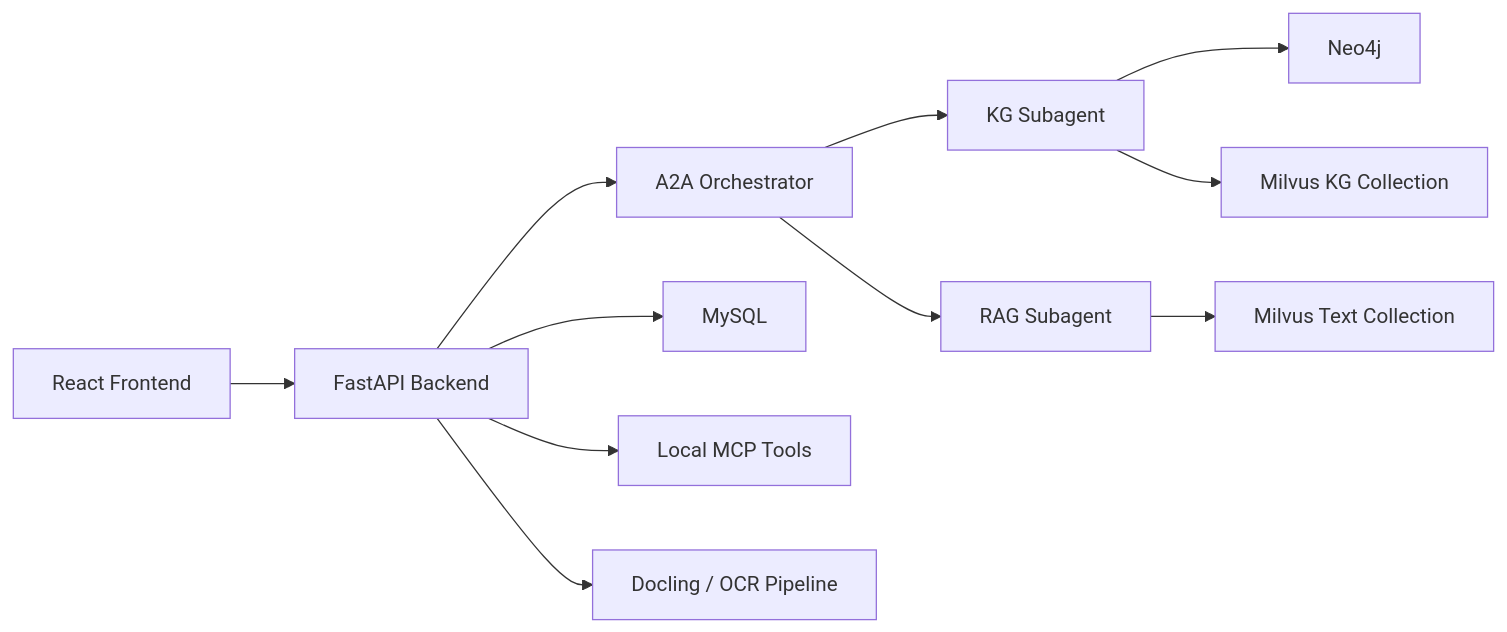
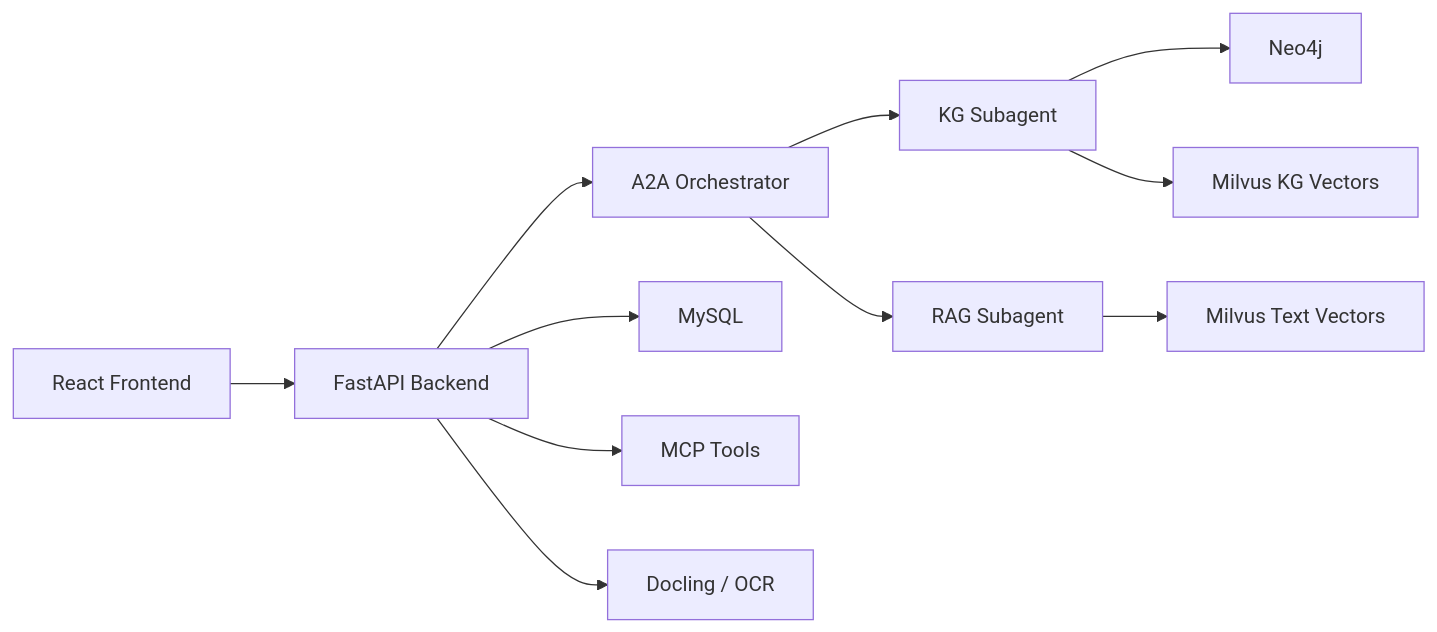
Before and after one commit to wangmeiwen/hypertension-kg-qa: the diagram in README.md, drawn with Mermaid. The commit also changed other lines of this file, not shown here.

````diff
--- a/README.md
+++ b/README.md
@@ -15,13 +24,13 @@
 ```mermaid
 flowchart LR
     UI["React Frontend"] --> API["FastAPI Backend"]
-    API --> A2A["A2A Orchestrator"]
-    A2A --> KG["KG Subagent"]
-    A2A --> RAG["RAG Subagent"]
-    KG --> NEO["Neo4j"]
-    KG --> KGM["Milvus KG Collection"]
-    RAG --> MIL["Milvus Text Collection"]
+    API --> ORCH["A2A Orchestrator"]
+    ORCH --> KG["KG Subagent"]
+    ORCH --> RAG["RAG Subagent"]
+    KG --> NEO4J["Neo4j"]
+    KG --> KGM["Milvus KG Vectors"]
+    RAG --> MILVUS["Milvus Text Vectors"]
     API --> MYSQL["MySQL"]
-    API --> MCP["Local MCP Tools"]
-    API --> DOC["Docling / OCR Pipeline"]
+    API --> MCP["MCP Tools"]
+    API --> DOC["Docling / OCR"]
 ```
````
